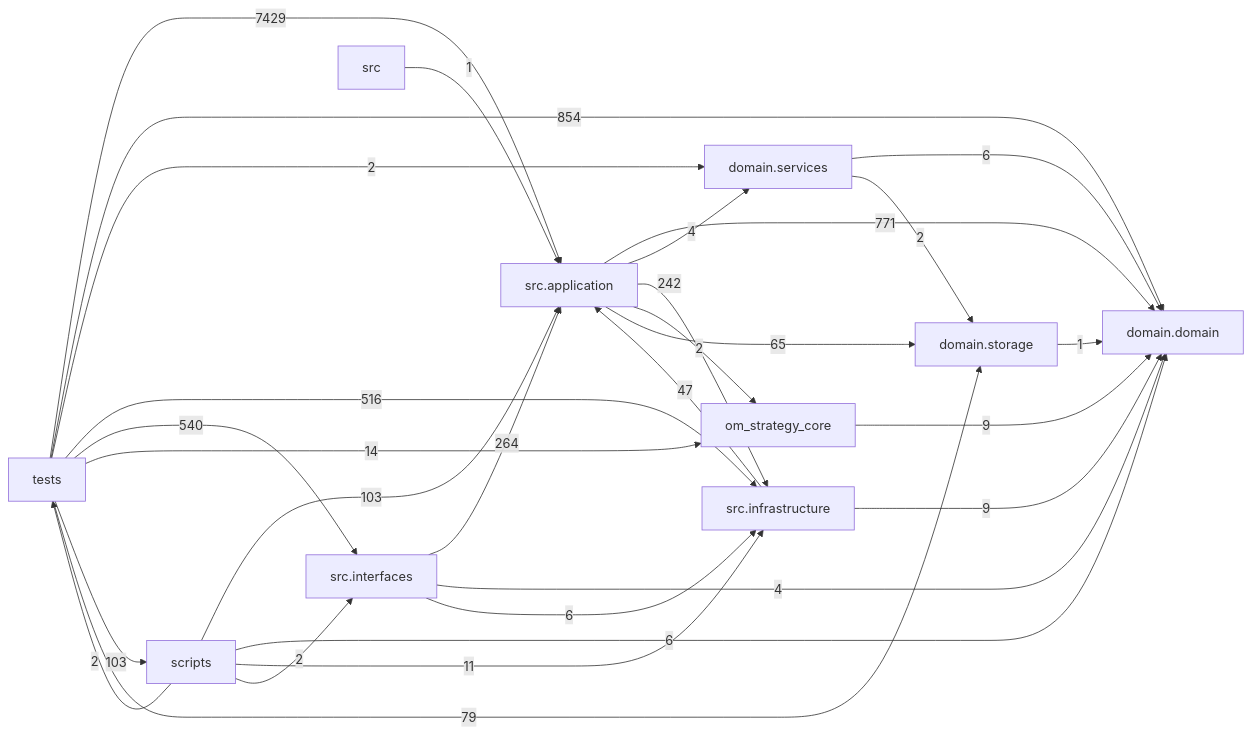
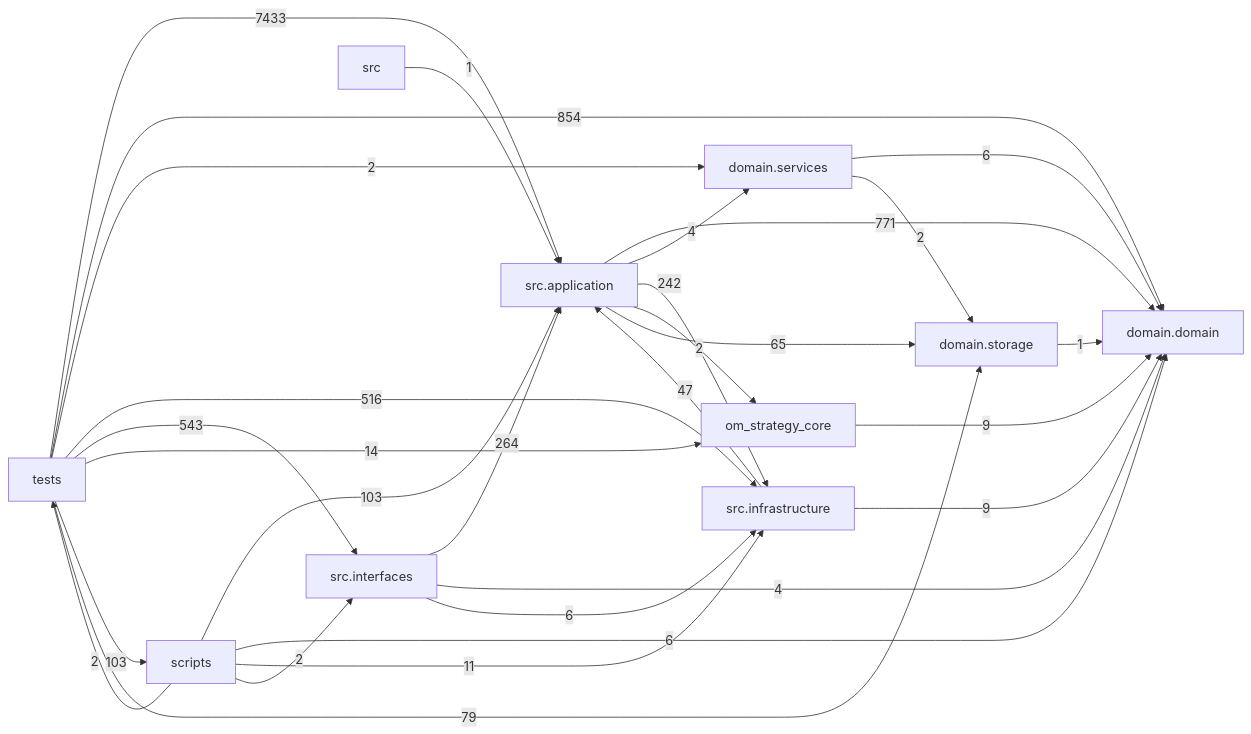
One commit to liuxie066/options-monitor changed the diagram in docs/DEPENDENCY_GRAPH.md. Above: the diagram before and after it, drawn with Mermaid. The commit also changed other lines of this file and 24 other files, not shown here.

````diff
--- a/docs/DEPENDENCY_GRAPH.md
+++ b/docs/DEPENDENCY_GRAPH.md
@@ -24,39 +24,39 @@
 ```mermaid
 flowchart LR
   tests["tests"]
   scripts["scripts"]
   interfaces["src.interfaces"]
   application["src.application"]
   infrastructure["src.infrastructure"]
   domain_services["domain.services"]
   domain["domain.domain"]
   storage["domain.storage"]
   application -->|771| domain
   application -->|4| domain_services
   application -->|242| infrastructure
   application -->|2| om_strategy_core
   application -->|65| storage
   domain_services -->|6| domain
   domain_services -->|2| storage
   infrastructure -->|47| application
   infrastructure -->|9| domain
   interfaces -->|264| application
   interfaces -->|4| domain
   interfaces -->|6| infrastructure
   om_strategy_core -->|9| domain
   scripts -->|103| application
   scripts -->|6| domain
   scripts -->|11| infrastructure
   scripts -->|2| interfaces
   scripts -->|2| tests
   src -->|1| application
   storage -->|1| domain
-  tests -->|7429| application
+  tests -->|7433| application
   tests -->|854| domain
   tests -->|2| domain_services
   tests -->|516| infrastructure
-  tests -->|540| interfaces
+  tests -->|543| interfaces
   tests -->|14| om_strategy_core
   tests -->|103| scripts
   tests -->|79| storage
 ```
````
